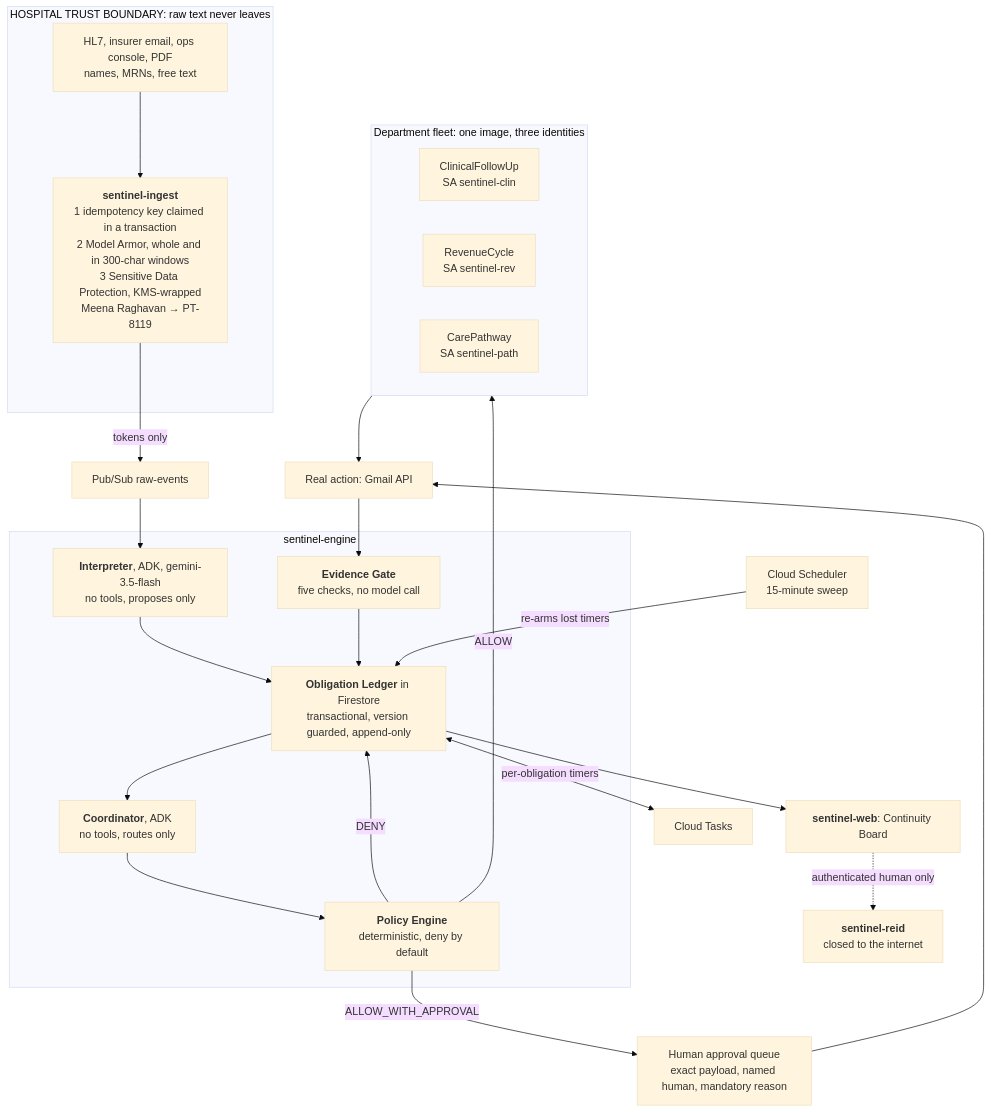
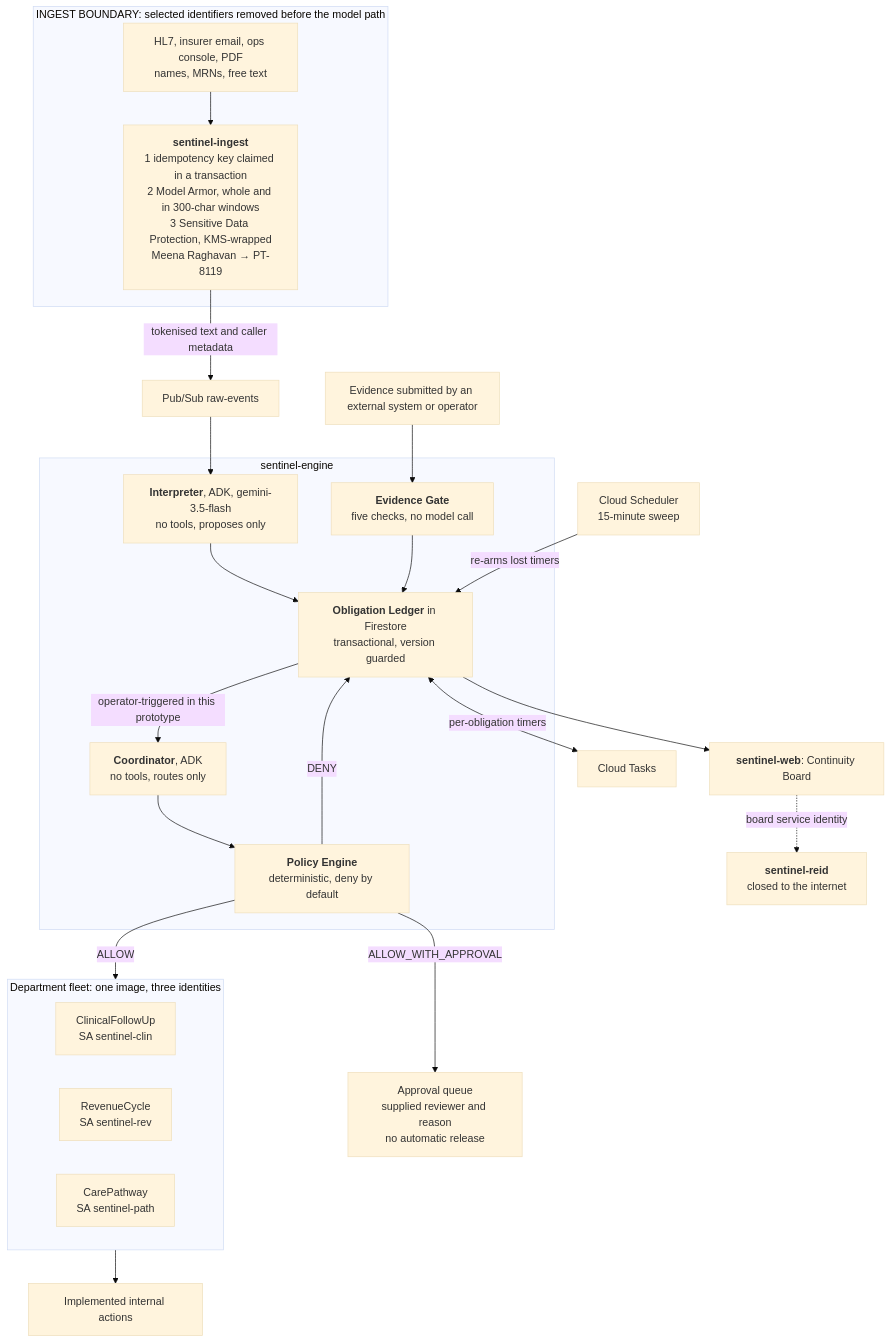
Before and after one commit to sridharan-kannan-06/sentinel: the first of 2 diagrams in docs/architecture.md, drawn with Mermaid (base theme). The commit also changed other lines of this file and 2 other files, not shown here.

````diff
--- a/docs/architecture.md
+++ b/docs/architecture.md
@@ -34,43 +35,42 @@
 ```mermaid
 flowchart TD
-    subgraph BOUNDARY["HOSPITAL TRUST BOUNDARY: raw text never leaves"]
+    subgraph BOUNDARY["INGEST BOUNDARY: selected identifiers removed before the model path"]
         SRC["HL7, insurer email, ops console, PDF<br/>names, MRNs, free text"]
         ING["<b>sentinel-ingest</b><br/>1 idempotency key claimed in a transaction<br/>2 Model Armor, whole and in 300-char windows<br/>3 Sensitive Data Protection, KMS-wrapped<br/>Meena Raghavan → PT-8119"]
         SRC --> ING
     end
 
-    ING -->|"tokens only"| PS["Pub/Sub raw-events"]
+    ING -->|"tokenised text and caller metadata"| PS["Pub/Sub raw-events"]
 
     subgraph ENGINE["sentinel-engine"]
         INT["<b>Interpreter</b>, ADK, gemini-3.5-flash<br/>no tools, proposes only"]
         COORD["<b>Coordinator</b>, ADK<br/>no tools, routes only"]
         POL["<b>Policy Engine</b><br/>deterministic, deny by default"]
-        LED["<b>Obligation Ledger</b> in Firestore<br/>transactional, version guarded, append-only"]
+        LED["<b>Obligation Ledger</b> in Firestore<br/>transactional, version guarded"]
         GATE["<b>Evidence Gate</b><br/>five checks, no model call"]
         INT --> LED
-        LED --> COORD
+        LED -->|"operator-triggered in this prototype"| COORD
         COORD --> POL
         GATE --> LED
     end
 
     PS --> INT
     LED <-->|"per-obligation timers"| TASKS["Cloud Tasks"]
     SWEEP["Cloud Scheduler<br/>15-minute sweep"] -->|"re-arms lost timers"| LED
 
     POL -->|ALLOW| FLEET
-    POL -->|ALLOW_WITH_APPROVAL| APR["Human approval queue<br/>exact payload, named human, mandatory reason"]
+    POL -->|ALLOW_WITH_APPROVAL| APR["Approval queue<br/>supplied reviewer and reason<br/>no automatic release"]
     POL -->|DENY| LED
 
     subgraph FLEET["Department fleet: one image, three identities"]
         CLIN["ClinicalFollowUp<br/>SA sentinel-clin"]
         REV["RevenueCycle<br/>SA sentinel-rev"]
         PATH["CarePathway<br/>SA sentinel-path"]
     end
 
-    FLEET --> MAIL["Real action: Gmail API"]
-    APR --> MAIL
-    MAIL --> GATE
+    FLEET --> ACT["Implemented internal actions"]
+    EXT["Evidence submitted by an external system or operator"] --> GATE
 
     LED --> WEB["<b>sentinel-web</b>: Continuity Board"]
-    WEB -.->|"authenticated human only"| REID["<b>sentinel-reid</b><br/>closed to the internet"]
+    WEB -.->|"board service identity"| REID["<b>sentinel-reid</b><br/>closed to the internet"]
 ```
````
